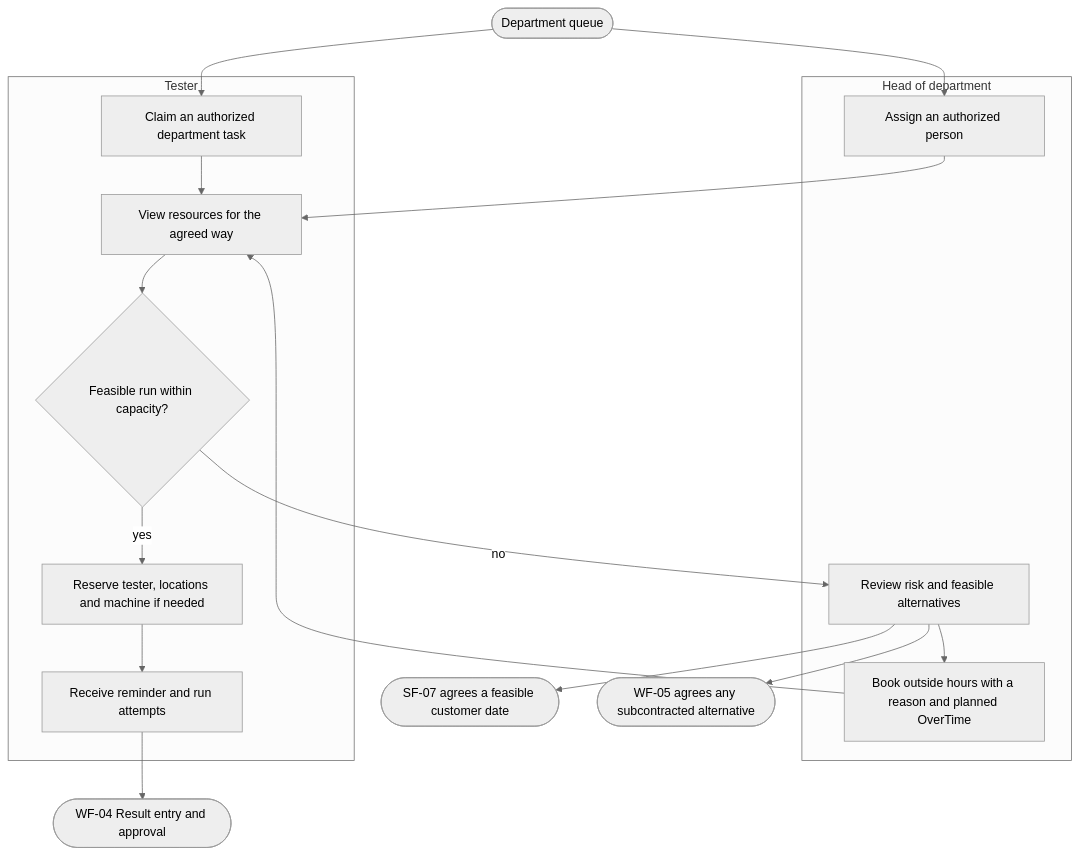
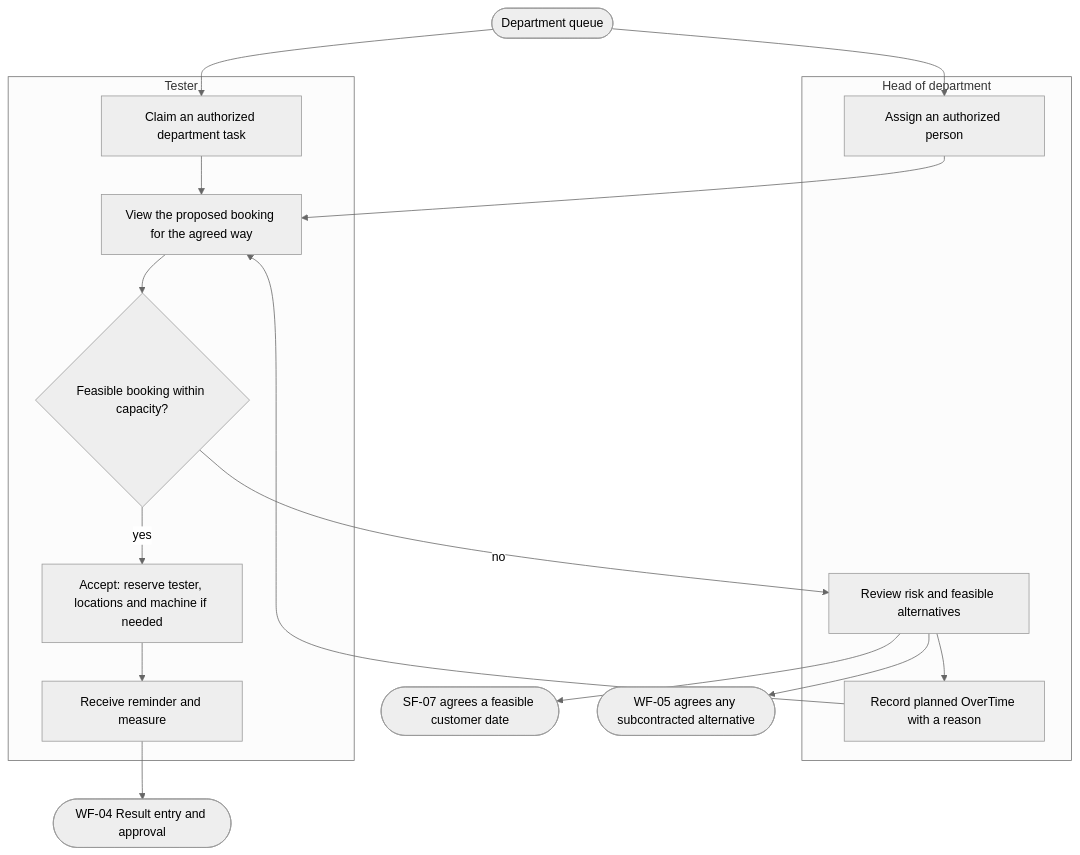
The third of 17 diagrams in docs/functional/business-flows.md (SoltuneMontepre/medilab), drawn with Mermaid (neutral theme) before and after one commit. The commit also changed other lines of this file and 27 other files, not shown here.

````diff
--- a/docs/functional/business-flows.md
+++ b/docs/functional/business-flows.md
@@ -145,21 +138,21 @@
 ```mermaid
 flowchart TD
     subgraph lane8 ["Head of department"]
         h1[Assign an authorized person]
         h2[Review risk and feasible alternatives]
-        h3[Book outside hours with a reason and planned OverTime]
+        h3[Record planned OverTime with a reason]
     end
     subgraph lane9 ["Tester"]
         t1[Claim an authorized department task]
-        t2[View resources for the agreed way] --> t3{Feasible run within capacity?}
-        t3 -->|yes| t4[Reserve tester, locations and machine if needed]
-        t4 --> t5[Receive reminder and run attempts]
+        t2[View the proposed booking for the agreed way] --> t3{Feasible booking within capacity?}
+        t3 -->|yes| t4[Accept: reserve tester, locations and machine if needed]
+        t4 --> t5[Receive reminder and measure]
     end
     queue([Department queue]) --> h1 --> t2
     queue --> t1 --> t2
     t3 -->|no| h2
     h2 --> h3 --> t2
     h2 --> dates([SF-07 agrees a feasible customer date])
     h2 --> outsource([WF-05 agrees any subcontracted alternative])
     t5 --> wf04([WF-04 Result entry and approval])
 ```
````
